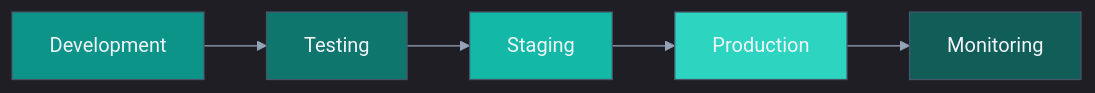
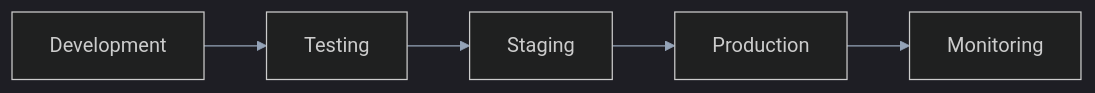
The second of 2 diagrams in src/content/wiki/operating-model/optimization/optimise-flow.md (carlsendk/tech-leadership), drawn with Mermaid before and after one commit. The commit also changed 10 other files, not shown here.

First line of the commit message:
Update global Mermaid theme to use app's teal color scheme

````diff
--- a/src/content/wiki/operating-model/optimization/optimise-flow.md
+++ b/src/content/wiki/operating-model/optimization/optimise-flow.md
@@ -69,26 +69,21 @@
 ```mermaid
 %%{
   init: {
     'theme': 'dark',
     'themeVariables': {
       'primaryColor': '#0d9488',
       'primaryTextColor': '#f1f5f9',
       'primaryBorderColor': '#475569',
       'lineColor': '#94a3b8',
       'secondaryColor': '#2dd4bf',
       'tertiaryColor': '#14b8a6'
     }
   }
 }%%
 graph LR
     A[Development] --> B[Testing]
     B --> C[Staging]
     C --> D[Production]
     D --> E[Monitoring]
 
-    style A fill:#0d9488,stroke:#475569,color:#f1f5f9
-    style B fill:#0f766e,stroke:#475569,color:#f1f5f9
-    style C fill:#14b8a6,stroke:#475569,color:#f1f5f9
-    style D fill:#2dd4bf,stroke:#475569,color:#f1f5f9
-    style E fill:#115e59,stroke:#475569,color:#f1f5f9
 ```
````
